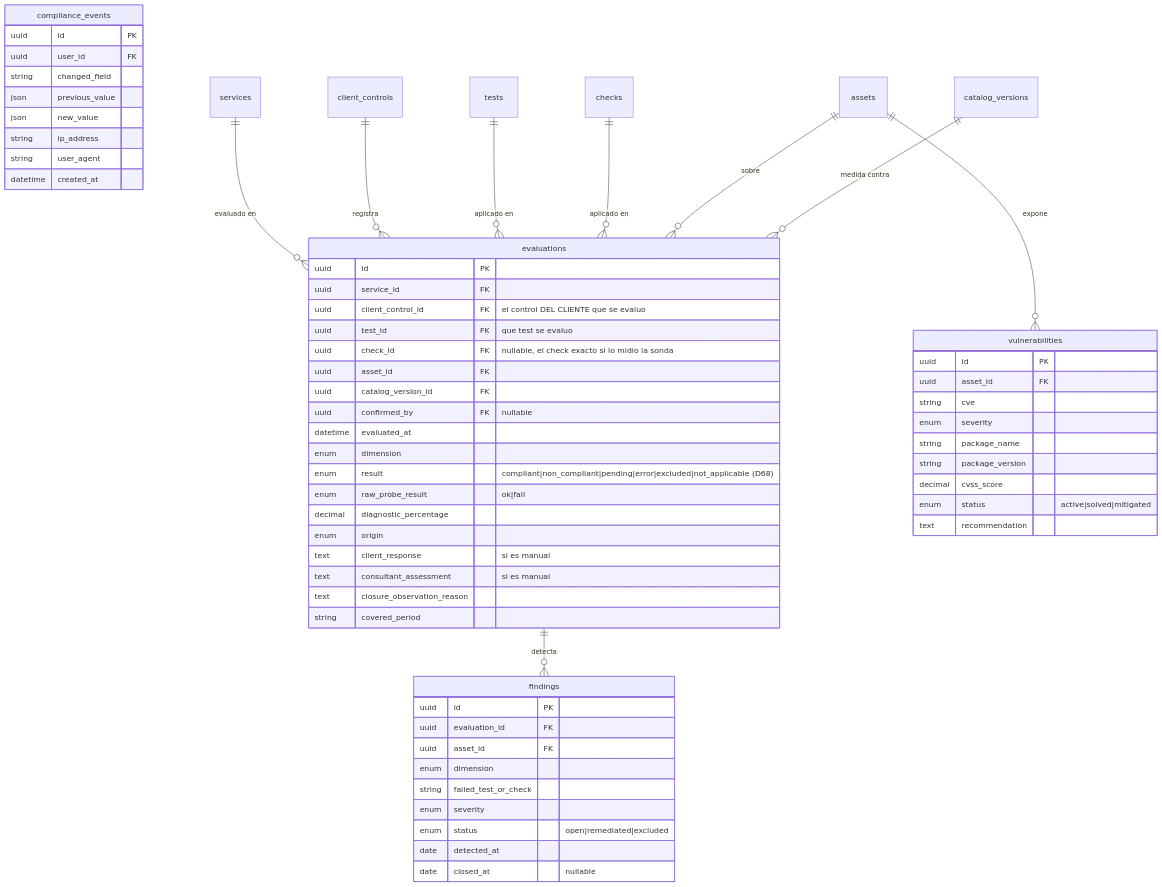
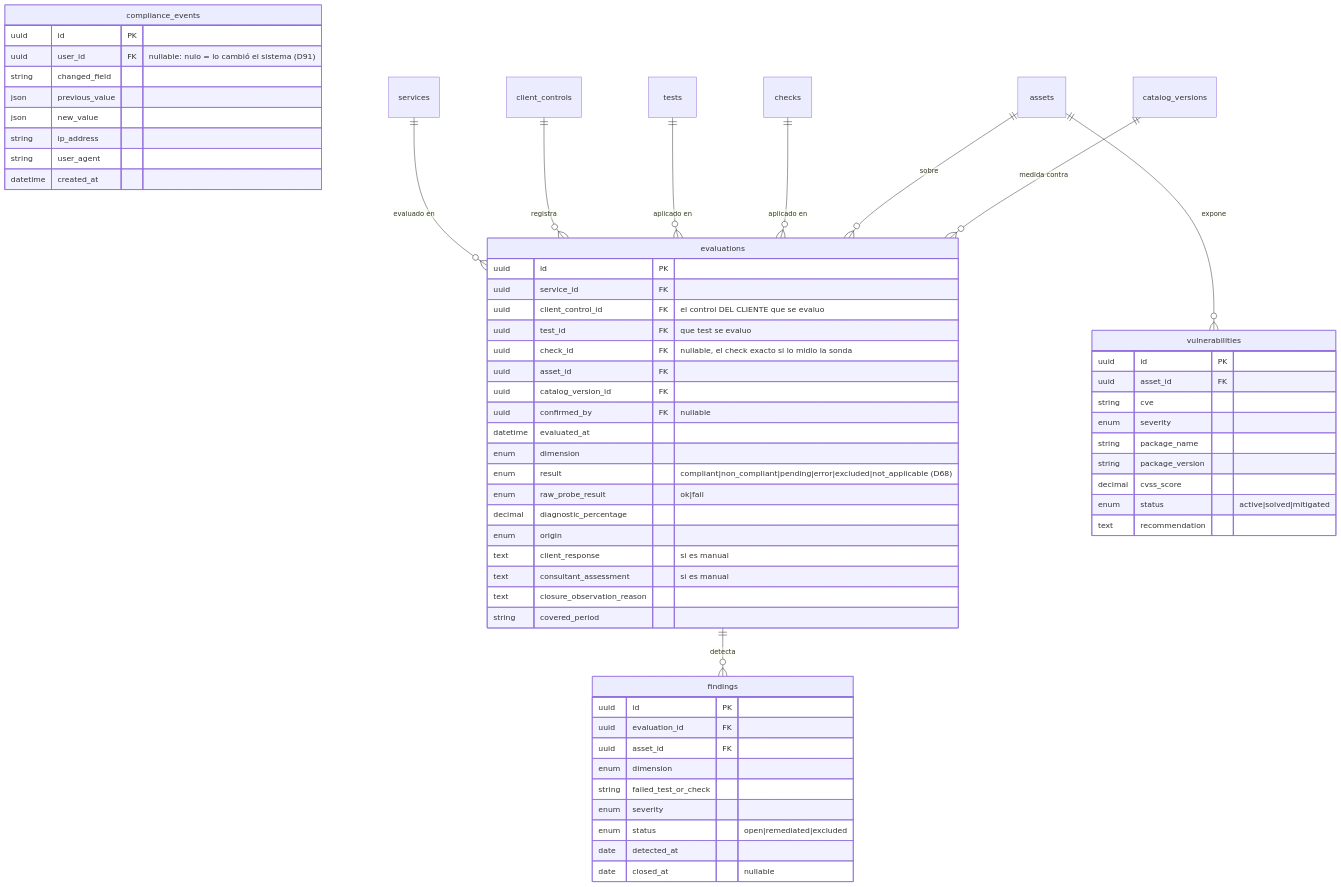
One commit to Monkey-GRC/Monkey-Brain-IA changed the fourth of 6 diagrams in skills/product/monkey-compliance-council/references/datos/modelo/07-cumplimiento.md. Above: the diagram before and after it, drawn with Mermaid. The commit also changed other lines of this file and 16 other files, not shown here.

````diff
--- a/skills/product/monkey-compliance-council/references/datos/modelo/07-cumplimiento.md
+++ b/skills/product/monkey-compliance-council/references/datos/modelo/07-cumplimiento.md
@@ -324,63 +324,63 @@
 ```mermaid
 erDiagram
     evaluations {
         uuid id PK
         uuid service_id FK
         uuid client_control_id FK "el control DEL CLIENTE que se evaluo"
         uuid test_id FK "que test se evaluo"
         uuid check_id FK "nullable, el check exacto si lo midio la sonda"
         uuid asset_id FK
         uuid catalog_version_id FK
         uuid confirmed_by FK "nullable"
         datetime evaluated_at
         enum dimension
         enum result "compliant|non_compliant|pending|error|excluded|not_applicable (D68)"
         enum raw_probe_result "ok|fail"
         decimal diagnostic_percentage
         enum origin
         text client_response "si es manual"
         text consultant_assessment "si es manual"
         text closure_observation_reason
         string covered_period
     }
     findings {
         uuid id PK
         uuid evaluation_id FK
         uuid asset_id FK
         enum dimension
         string failed_test_or_check
         enum severity
         enum status "open|remediated|excluded"
         date detected_at
         date closed_at "nullable"
     }
     compliance_events {
         uuid id PK
-        uuid user_id FK
+        uuid user_id FK "nullable: nulo = lo cambió el sistema (D91)"
         string changed_field
         json previous_value
         json new_value
         string ip_address
         string user_agent
         datetime created_at
     }
     vulnerabilities {
         uuid id PK
         uuid asset_id FK
         string cve
         enum severity
         string package_name
         string package_version
         decimal cvss_score
         enum status "active|solved|mitigated"
         text recommendation
     }
     services ||--o{ evaluations : "evaluado en"
     client_controls ||--o{ evaluations : "registra"
     tests ||--o{ evaluations : "aplicado en"
     checks ||--o{ evaluations : "aplicado en"
     assets ||--o{ evaluations : "sobre"
     catalog_versions ||--o{ evaluations : "medida contra"
     evaluations ||--o{ findings : "detecta"
     assets ||--o{ vulnerabilities : "expone"
 ```
````
